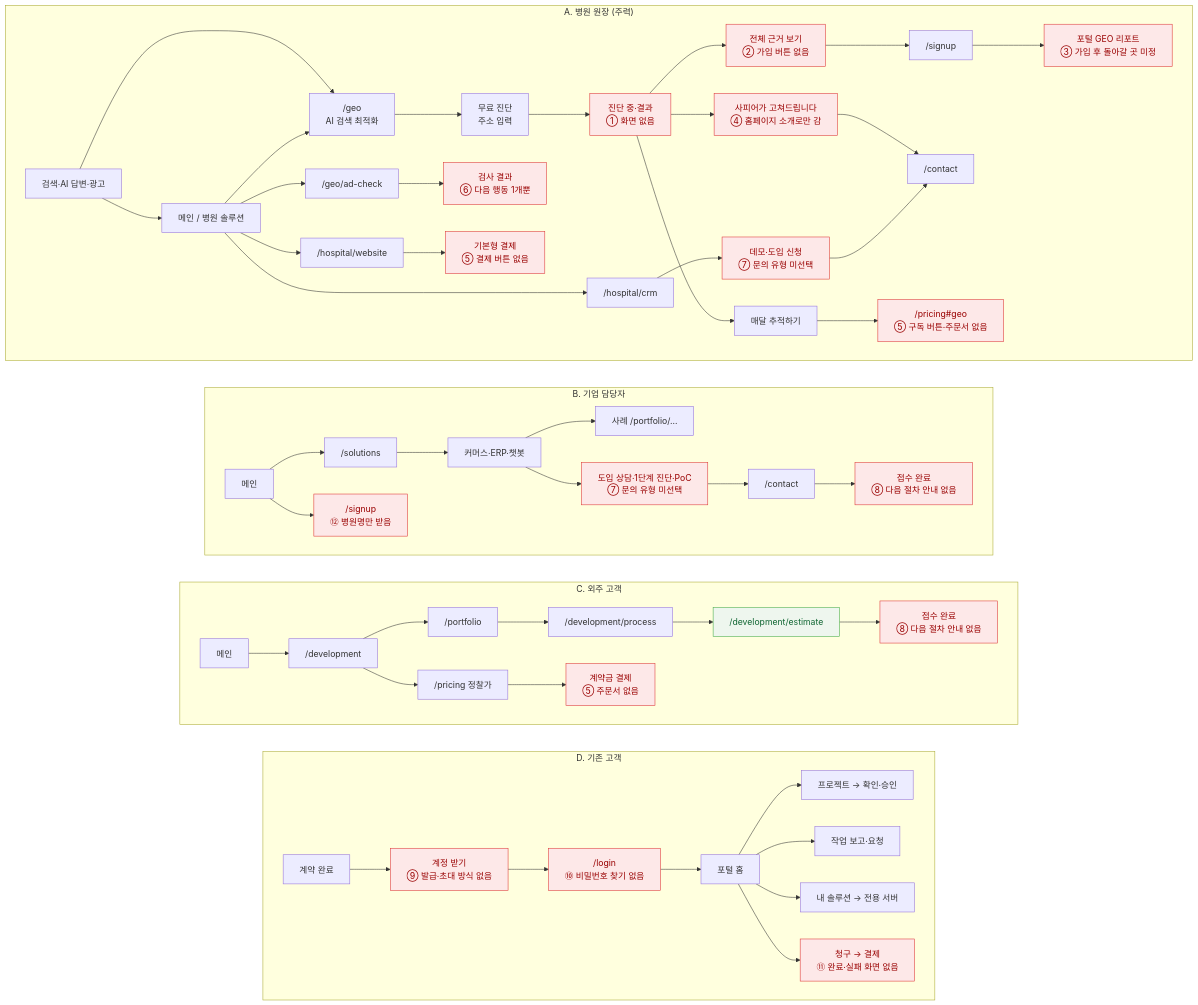
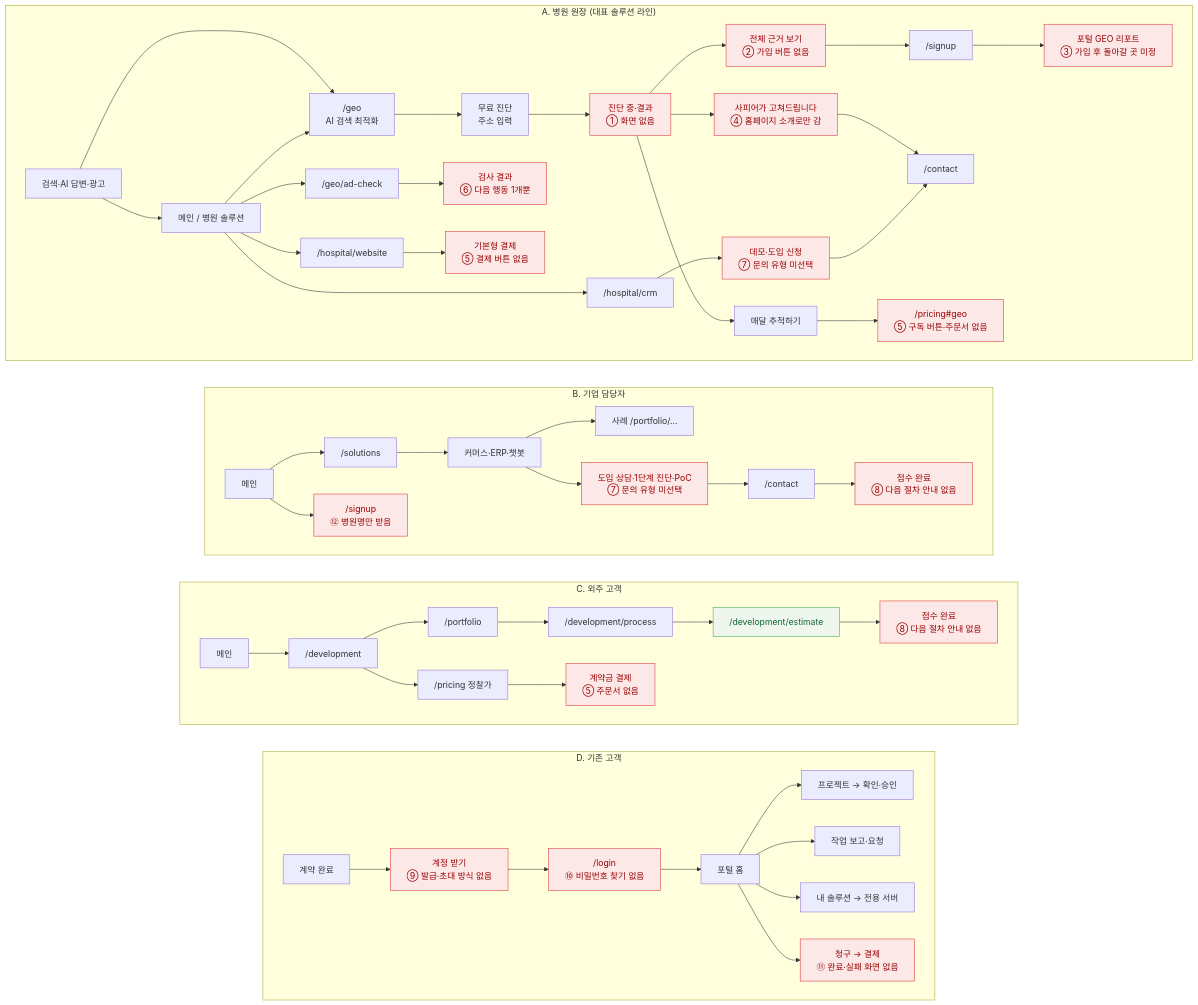
The diagram in docs/user-flows.md (SAFFIR-51/saffir_agency), drawn with Mermaid before and after one commit. The commit also changed 3 other files, not shown here.

````diff
--- a/docs/user-flows.md
+++ b/docs/user-flows.md
@@ -5,40 +5,40 @@
 ```mermaid
 flowchart LR
   classDef gap fill:#fde8e8,stroke:#d33,color:#900
   classDef ok fill:#eef6ee,stroke:#4a4,color:#163
 
   subgraph D["D. 기존 고객"]
     direction LR
     D0["계약 완료"] --> D1["계정 받기<br/>⑨ 발급·초대 방식 없음"]:::gap --> D2["/login<br/>⑩ 비밀번호 찾기 없음"]:::gap --> D3["포털 홈"]
     D3 --> D4["프로젝트 → 확인·승인"]
     D3 --> D5["작업 보고·요청"]
     D3 --> D6["내 솔루션 → 전용 서버"]
     D3 --> D7["청구 → 결제<br/>⑪ 완료·실패 화면 없음"]:::gap
   end
   subgraph C["C. 외주 고객"]
     direction LR
     C0["메인"] --> C1["/development"] --> C2["/portfolio"] --> C3["/development/process"] --> C4["/development/estimate"]:::ok --> C5["접수 완료<br/>⑧ 다음 절차 안내 없음"]:::gap
     C1 --> C6["/pricing 정찰가"] --> C7["계약금 결제<br/>⑤ 주문서 없음"]:::gap
   end
 
   subgraph B["B. 기업 담당자"]
     direction LR
     B0["메인"] --> B1["/solutions"] --> B2["커머스·ERP·챗봇"] --> B3["사례 /portfolio/…"]
     B2 --> B4["도입 상담·1단계 진단·PoC<br/>⑦ 문의 유형 미선택"]:::gap --> B5["/contact"] --> B6["접수 완료<br/>⑧ 다음 절차 안내 없음"]:::gap
     B0 --> B7["/signup<br/>⑫ 병원명만 받음"]:::gap
   end
 
-  subgraph A["A. 병원 원장 (주력)"]
+  subgraph A["A. 병원 원장 (대표 솔루션 라인)"]
     direction LR
     A0["검색·AI 답변·광고"] --> A1["/geo<br/>AI 검색 최적화"]
     A0 --> A1b["메인 / 병원 솔루션"] --> A1
     A1 --> A2["무료 진단<br/>주소 입력"]
     A2 --> A3["진단 중·결과<br/>① 화면 없음"]:::gap
     A3 --> A4["전체 근거 보기<br/>② 가입 버튼 없음"]:::gap --> A5["/signup"] --> A6["포털 GEO 리포트<br/>③ 가입 후 돌아갈 곳 미정"]:::gap
     A3 --> A7["사피어가 고쳐드립니다<br/>④ 홈페이지 소개로만 감"]:::gap --> A8["/contact"]
     A3 --> A9["매달 추적하기"] --> A10["/pricing#geo<br/>⑤ 구독 버튼·주문서 없음"]:::gap
     A1b --> A11["/geo/ad-check"] --> A12["검사 결과<br/>⑥ 다음 행동 1개뿐"]:::gap
     A1b --> A13["/hospital/website"] --> A14["기본형 결제<br/>⑤ 결제 버튼 없음"]:::gap
     A1b --> A15["/hospital/crm"] --> A16["데모·도입 신청<br/>⑦ 문의 유형 미선택"]:::gap --> A8
   end
 ```
````
